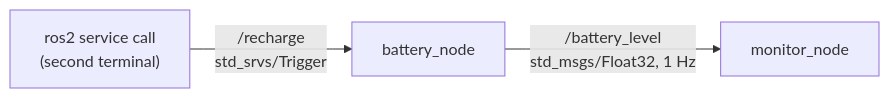
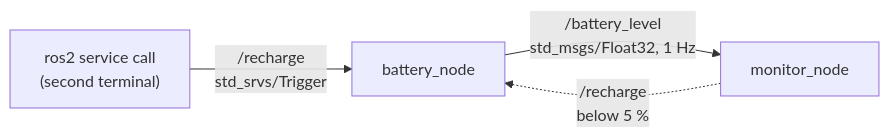
The diagram in README.md (Repla09/ros2-battery-tracking), drawn with Mermaid before and after one commit. The commit also changed other lines of this file and 1 other file, not shown here.

Commit message:
Test the automatic recharge and document it in README

````diff
--- a/README.md
+++ b/README.md
@@ -12,5 +13,6 @@
 ```mermaid
 flowchart LR
     battery_node -- "/battery_level<br/>std_msgs/Float32, 1 Hz" --> monitor_node
+    monitor_node -. "/recharge<br/>below 5 %" .-> battery_node
     terminal["ros2 service call<br/>(second terminal)"] -- "/recharge<br/>std_srvs/Trigger" --> battery_node
 ```
````
